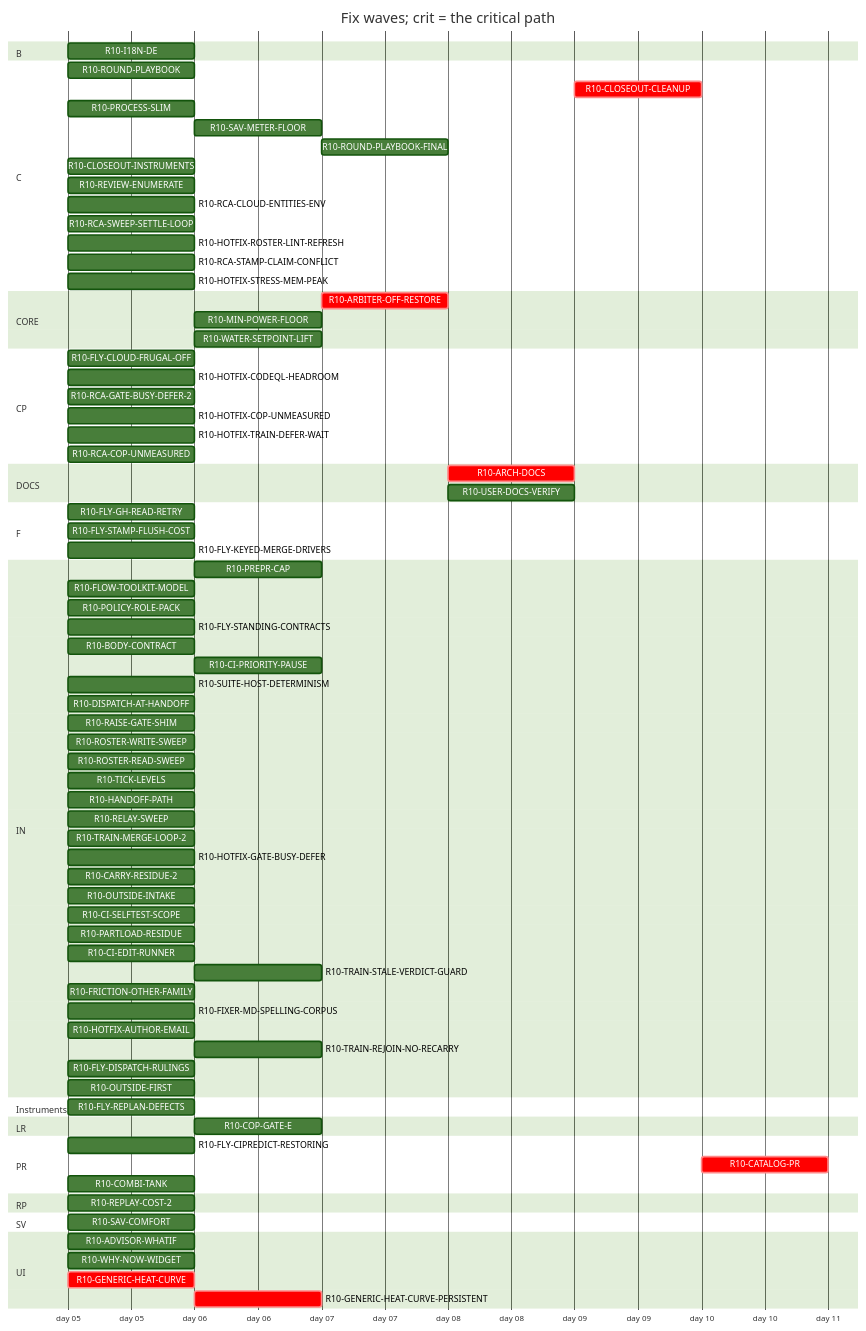
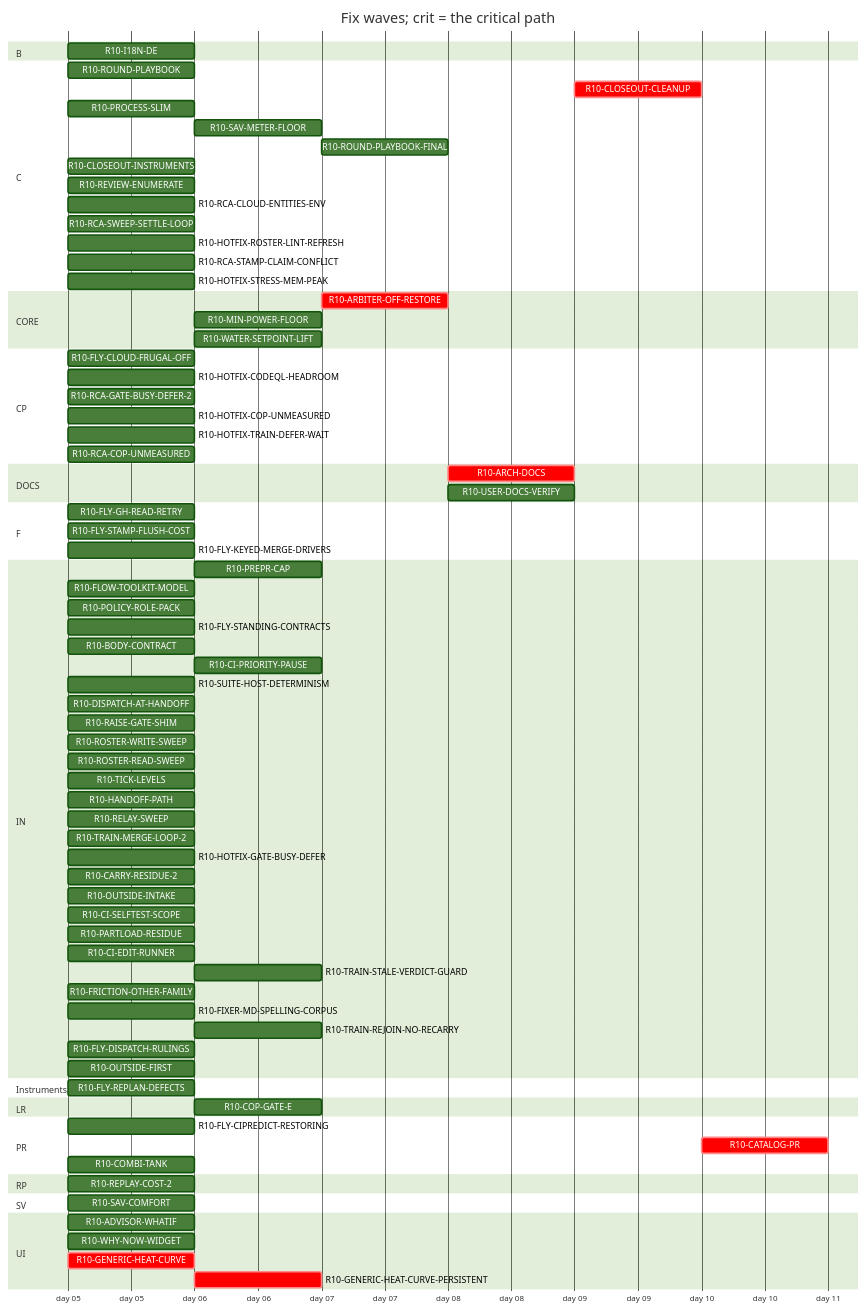
Before and after one commit to tvofi/heatpump_optimizer: the diagram in handoff/round10/state/PLAN-TABLE.md, drawn with Mermaid (forest theme). The commit also changed other lines of this file and 3 other files, not shown here.

Commit message:
state: FLOW-BOARD.md, NEXT-SESSION-PROMPT.md, PLAN-TABLE.md, RESUME-CURRENT.md regenerated (state_docs.py)

```diff
--- a/handoff/round10/state/PLAN-TABLE.md
+++ b/handoff/round10/state/PLAN-TABLE.md
@@ -86,7 +86,6 @@
     R10-TRAIN-STALE-VERDICT-GUARD :r10TRAINSTALEVERDICTGUARD, after r10TRAINMERGELOOP2, 1d
     R10-FRICTION-OTHER-FAMILY :r10FRICTIONOTHERFAMILY, 2026-01-05, 1d
     R10-FIXER-MD-SPELLING-CORPUS :r10FIXERMDSPELLINGCORPUS, 2026-01-05, 1d
-    R10-HOTFIX-AUTHOR-EMAIL :r10HOTFIXAUTHOREMAIL, 2026-01-05, 1d
     R10-TRAIN-REJOIN-NO-RECARRY :r10TRAINREJOINNORECARRY, after r10HOTFIXTRAINDEFERWAIT r10TRAINMERGELOOP2, 1d
     R10-FLY-DISPATCH-RULINGS :r10FLYDISPATCHRULINGS, 2026-01-05, 1d
     R10-OUTSIDE-FIRST :r10OUTSIDEFIRST, 2026-01-05, 1d
```
